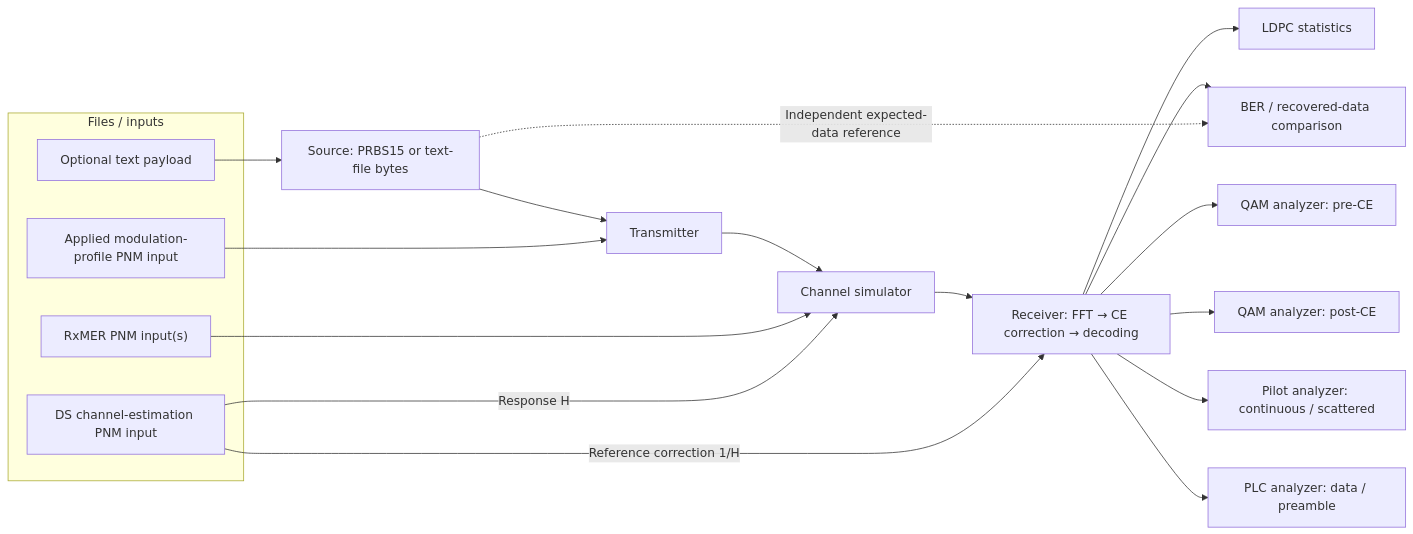
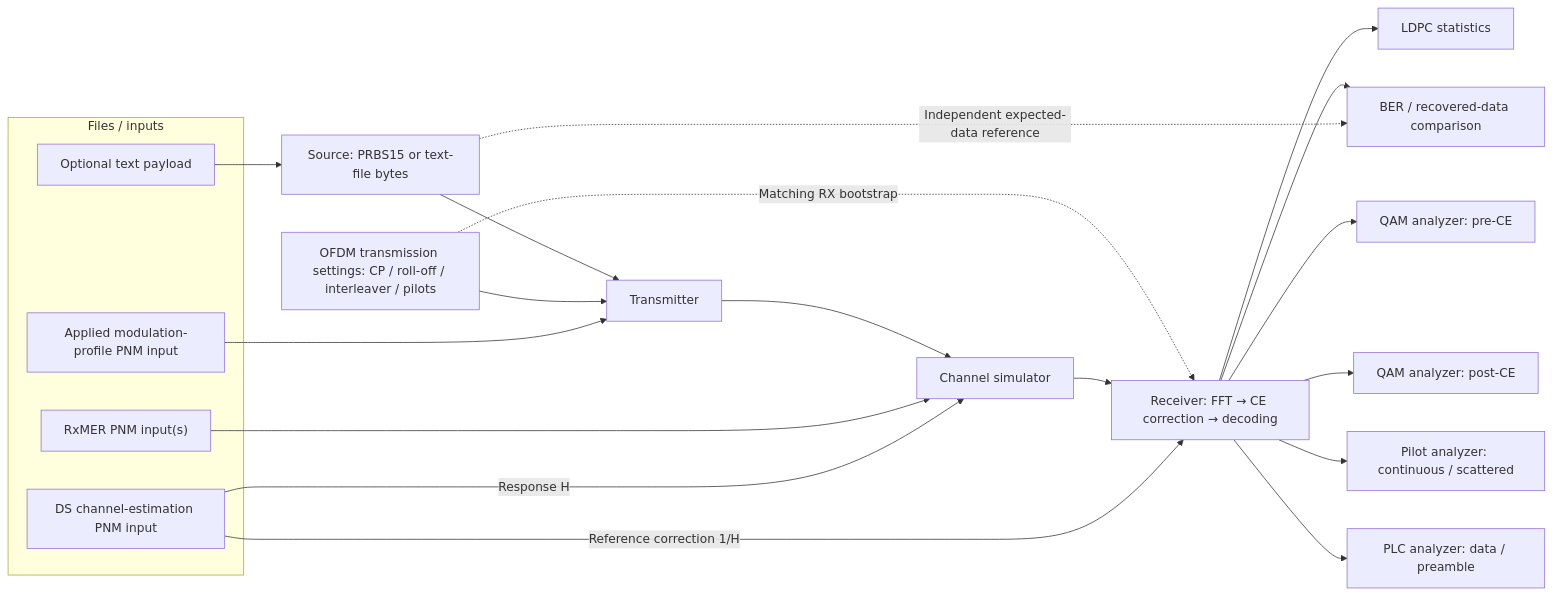
Before and after one commit to mgarcia01752/merlin: the diagram in docs/development/features/visual-workspace/plan.md, drawn with Mermaid. The commit also changed other lines of this file and 2 other files, not shown here.

Commit message:
Documentation: Update workspace diagram guide - Add OFDM transmission settings panel and Mermaid - Explain settings ownership and next-run validation - Clarify receiver modes and analyzer connections - Align workspace plan and UI checklist - Tests: Validate links, anchors and whitespace

````diff
--- a/docs/development/features/visual-workspace/plan.md
+++ b/docs/development/features/visual-workspace/plan.md
@@ -16,33 +17,36 @@
 ```mermaid
 flowchart LR
     subgraph FILES["Files / inputs"]
         TEXT["Optional text payload"]
         PROFILE["Applied modulation-profile PNM input"]
         MER["RxMER PNM input(s)"]
         CE["DS channel-estimation PNM input"]
     end
     SRC["Source: PRBS15 or text-file bytes"]
+    SETTINGS["OFDM transmission settings: CP / roll-off / interleaver / pilots"]
     TX["Transmitter"]
     CH["Channel simulator"]
     RX["Receiver: FFT → CE correction → decoding"]
     BER["BER / recovered-data comparison"]
     LDPC["LDPC statistics"]
     PRE["QAM analyzer: pre-CE"]
     POST["QAM analyzer: post-CE"]
     PILOT["Pilot analyzer: continuous / scattered"]
     PLC["PLC analyzer: data / preamble"]
     TEXT --> SRC
     SRC --> TX
+    SETTINGS --> TX
+    SETTINGS -. "Matching RX bootstrap" .-> RX
     PROFILE --> TX
     TX --> CH --> RX
     MER --> CH
     CE -->|"Response H"| CH
     CE -->|"Reference correction 1/H"| RX
     RX --> LDPC
     RX --> BER
     SRC -. "Independent expected-data reference" .-> BER
     RX --> PRE
     RX --> POST
     RX --> PILOT
     RX --> PLC
 ```
````
